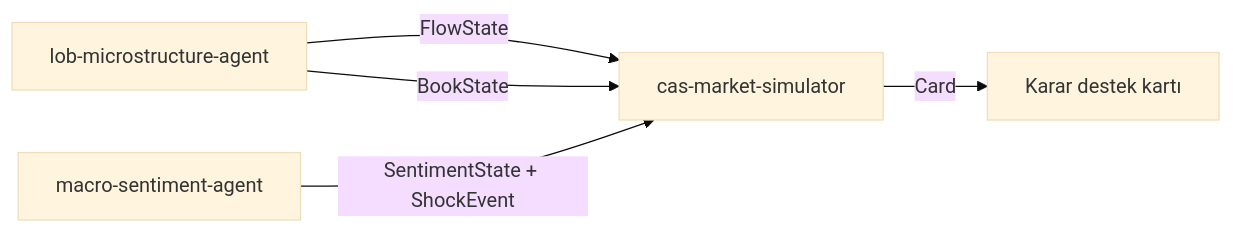
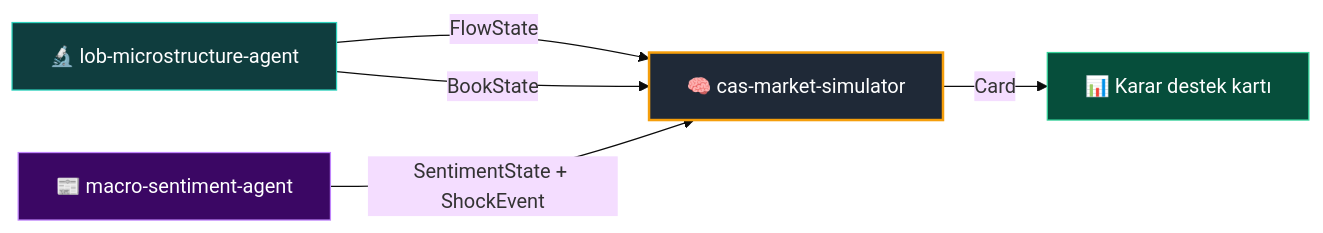
Before and after one commit to 7mertyavuz/lob-microstructure-agent: the third of 3 diagrams in README.md, drawn with Mermaid (base theme). The commit also changed other lines of this file, not shown here.

Commit message:
docs: add comprehensive professional README with architecture, glossary and CAS integration

````diff
--- a/README.md
+++ b/README.md
@@ -119,7 +378,12 @@
 ```mermaid
 flowchart LR
-    A["lob-microstructure-agent"] -->|FlowState| B["cas-market-simulator"]
+    A["🔬 lob-microstructure-agent"] -->|FlowState| B["🧠 cas-market-simulator"]
     A -->|BookState| B
-    C["macro-sentiment-agent"] -->|SentimentState + ShockEvent| B
-    B -->|Card| D["Karar destek kartı"]
+    C["📰 macro-sentiment-agent"] -->|SentimentState + ShockEvent| B
+    B -->|Card| D["📊 Karar destek kartı"]
+
+    style A fill:#0f3d3e,stroke:#2dd4bf,color:#fff
+    style C fill:#3b0764,stroke:#c084fc,color:#fff
+    style B fill:#1f2937,stroke:#f59e0b,stroke-width:2px,color:#fff
+    style D fill:#064e3b,stroke:#34d399,color:#fff
 ```
````
